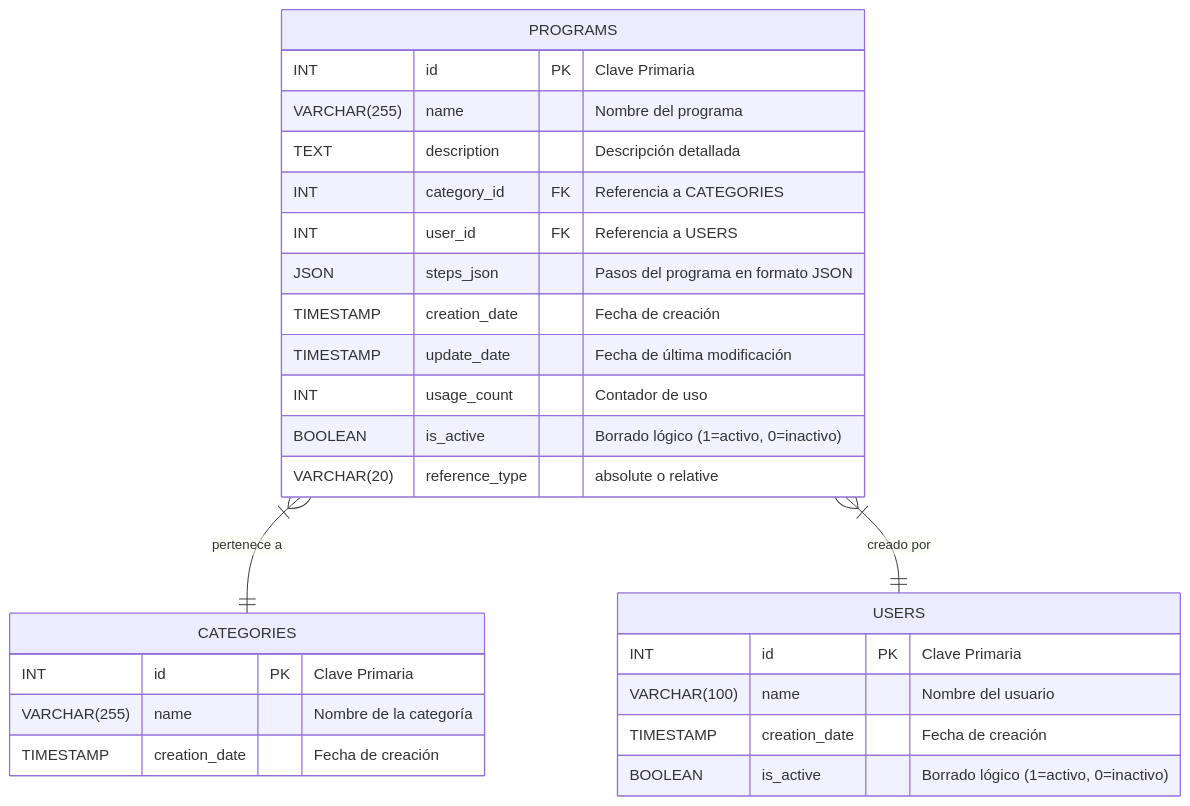
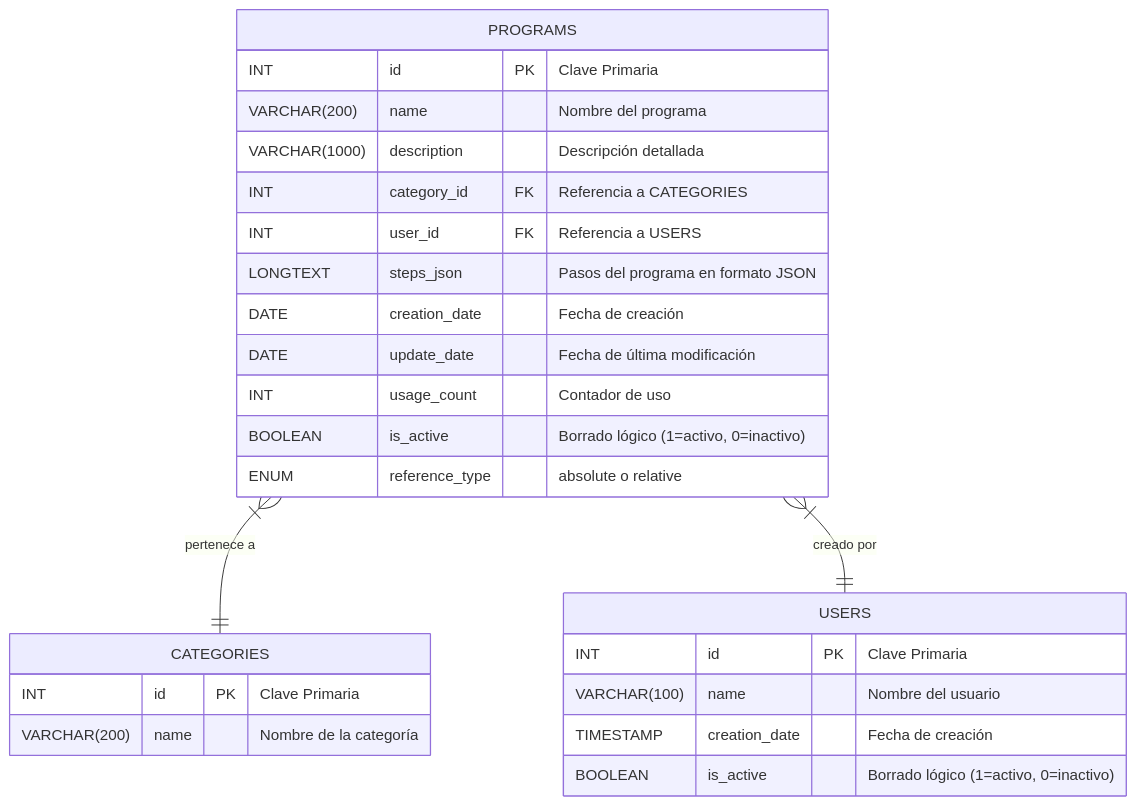
The diagram in GaztaindiGrill-NextJS/docs/database.md (izeta8/GaztaindiGrill), drawn with Mermaid before and after one commit. The commit also changed other lines of this file and 1 other file, not shown here.

Commit message:
docs: describe the api routes and the schema as they run inside the web

````diff
--- a/GaztaindiGrill-NextJS/docs/database.md
+++ b/GaztaindiGrill-NextJS/docs/database.md
@@ -15,32 +17,31 @@
 ```mermaid
 erDiagram
     CATEGORIES {
         INT id PK "Clave Primaria"
-        VARCHAR(255) name "Nombre de la categoría"
-        TIMESTAMP creation_date "Fecha de creación"
+        VARCHAR(200) name "Nombre de la categoría"
     }
 
     USERS {
         INT id PK "Clave Primaria"
         VARCHAR(100) name "Nombre del usuario"
         TIMESTAMP creation_date "Fecha de creación"
         BOOLEAN is_active "Borrado lógico (1=activo, 0=inactivo)"
     }
 
     PROGRAMS {
         INT id PK "Clave Primaria"
-        VARCHAR(255) name "Nombre del programa"
-        TEXT description "Descripción detallada"
+        VARCHAR(200) name "Nombre del programa"
+        VARCHAR(1000) description "Descripción detallada"
         INT category_id FK "Referencia a CATEGORIES"
         INT user_id FK "Referencia a USERS"
-        JSON steps_json "Pasos del programa en formato JSON"
-        TIMESTAMP creation_date "Fecha de creación"
-        TIMESTAMP update_date "Fecha de última modificación"
+        LONGTEXT steps_json "Pasos del programa en formato JSON"
+        DATE creation_date "Fecha de creación"
+        DATE update_date "Fecha de última modificación"
         INT usage_count "Contador de uso"
         BOOLEAN is_active "Borrado lógico (1=activo, 0=inactivo)"
-        VARCHAR(20) reference_type "absolute o relative"
+        ENUM reference_type "absolute o relative"
     }
 
     PROGRAMS }|--|| CATEGORIES : "pertenece a"
     PROGRAMS }|--|| USERS : "creado por"
 ```
````
